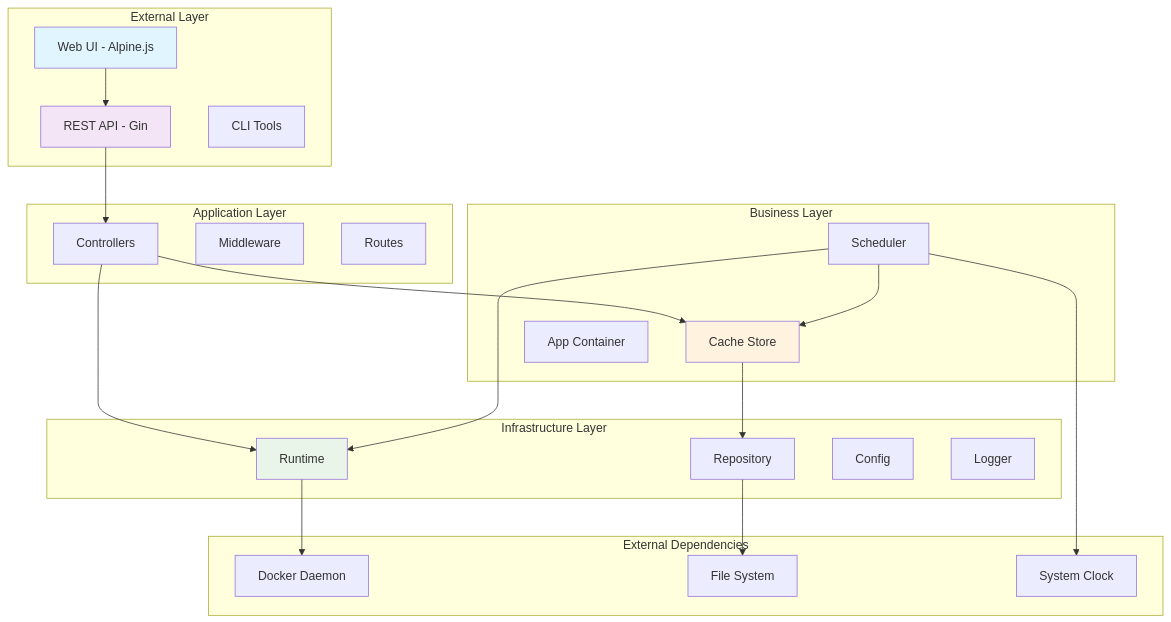
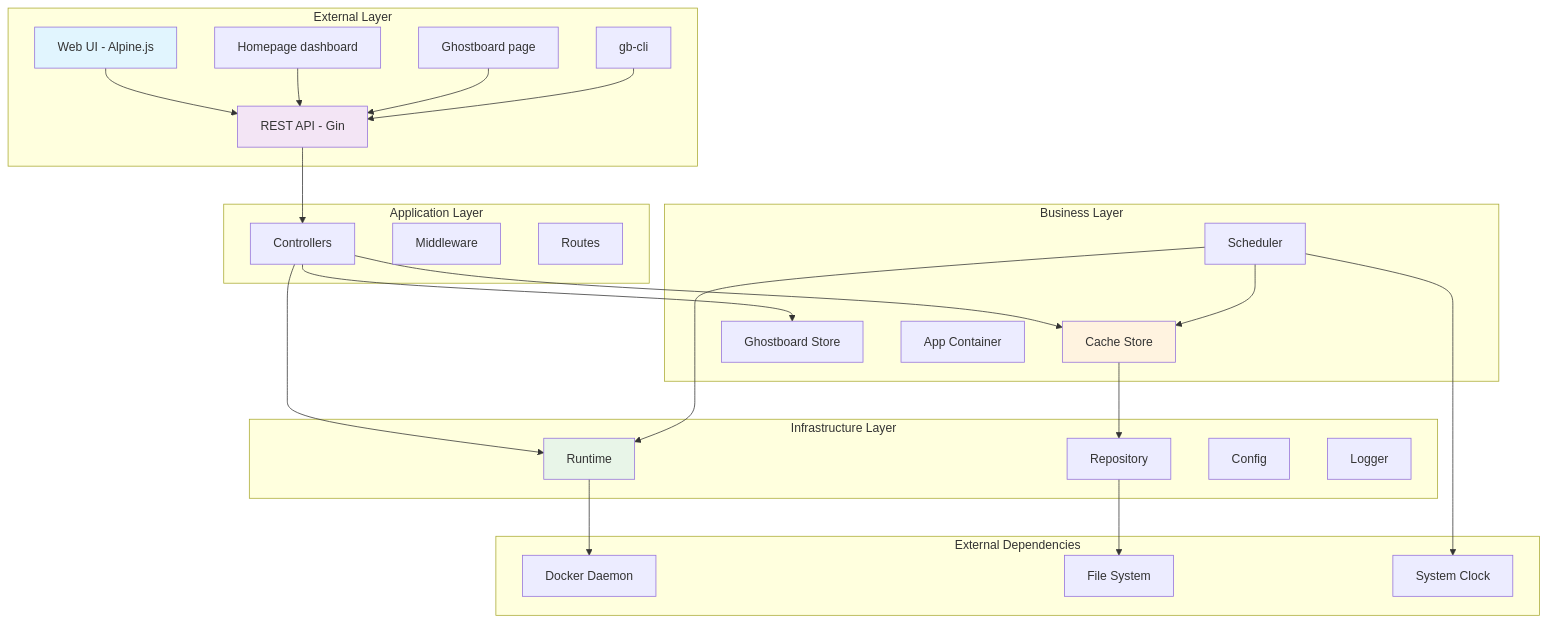
One commit to asgambat/gospin changed the first of 7 diagrams in docs/ARCHITECTURE.md. Above: the diagram before and after it, drawn with Mermaid. The commit also changed other lines of this file and 130 other files, not shown here.

````diff
--- a/docs/ARCHITECTURE.md
+++ b/docs/ARCHITECTURE.md
@@ -9,49 +9,56 @@
 ```mermaid
 graph TB
     subgraph "External Layer"
         UI[Web UI - Alpine.js]
+        HOME[Homepage dashboard]
+        GB[Ghostboard page]
+        CLI[gb-cli]
         API[REST API - Gin]
-        CLI[CLI Tools]
     end
     
     subgraph "Application Layer"
         CTL[Controllers]
         MW[Middleware]
         ROUTE[Routes]
     end
     
     subgraph "Business Layer"
         CACHE[Cache Store]
         SCHED[Scheduler]
+        GBSTORE[Ghostboard Store]
         APP[App Container]
     end
     
     subgraph "Infrastructure Layer"
         REPO[Repository]
         RUNTIME[Runtime]
         CONFIG[Config]
         LOG[Logger]
     end
     
     subgraph "External Dependencies"
         DOCKER[Docker Daemon]
         FS[File System]
         TIME[System Clock]
     end
     
     UI --> API
+    HOME --> API
+    GB --> API
+    CLI --> API
     API --> CTL
     CTL --> CACHE
+    CTL --> GBSTORE
     CTL --> RUNTIME
     CACHE --> REPO
     SCHED --> CACHE
     SCHED --> RUNTIME
     RUNTIME --> DOCKER
     REPO --> FS
     SCHED --> TIME
     
     style UI fill:#e1f5fe
     style API fill:#f3e5f5
     style CACHE fill:#fff3e0
     style RUNTIME fill:#e8f5e8
 ```
````
